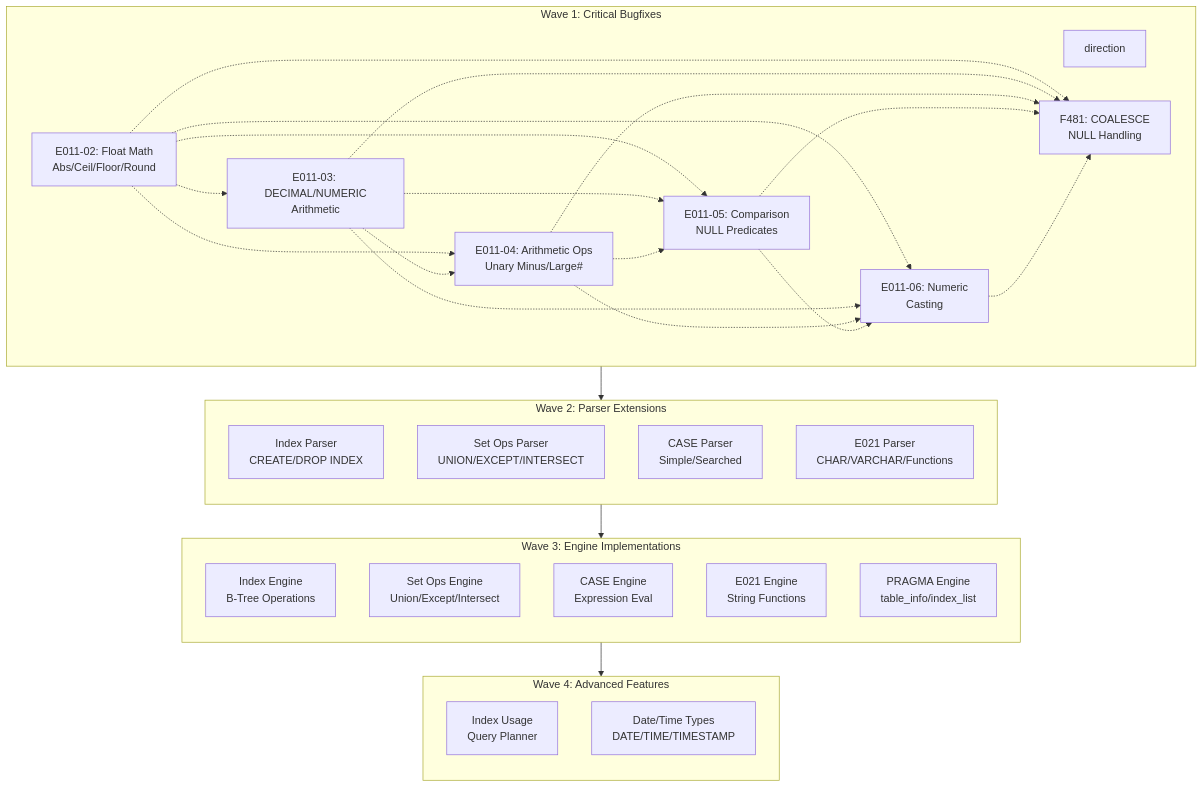
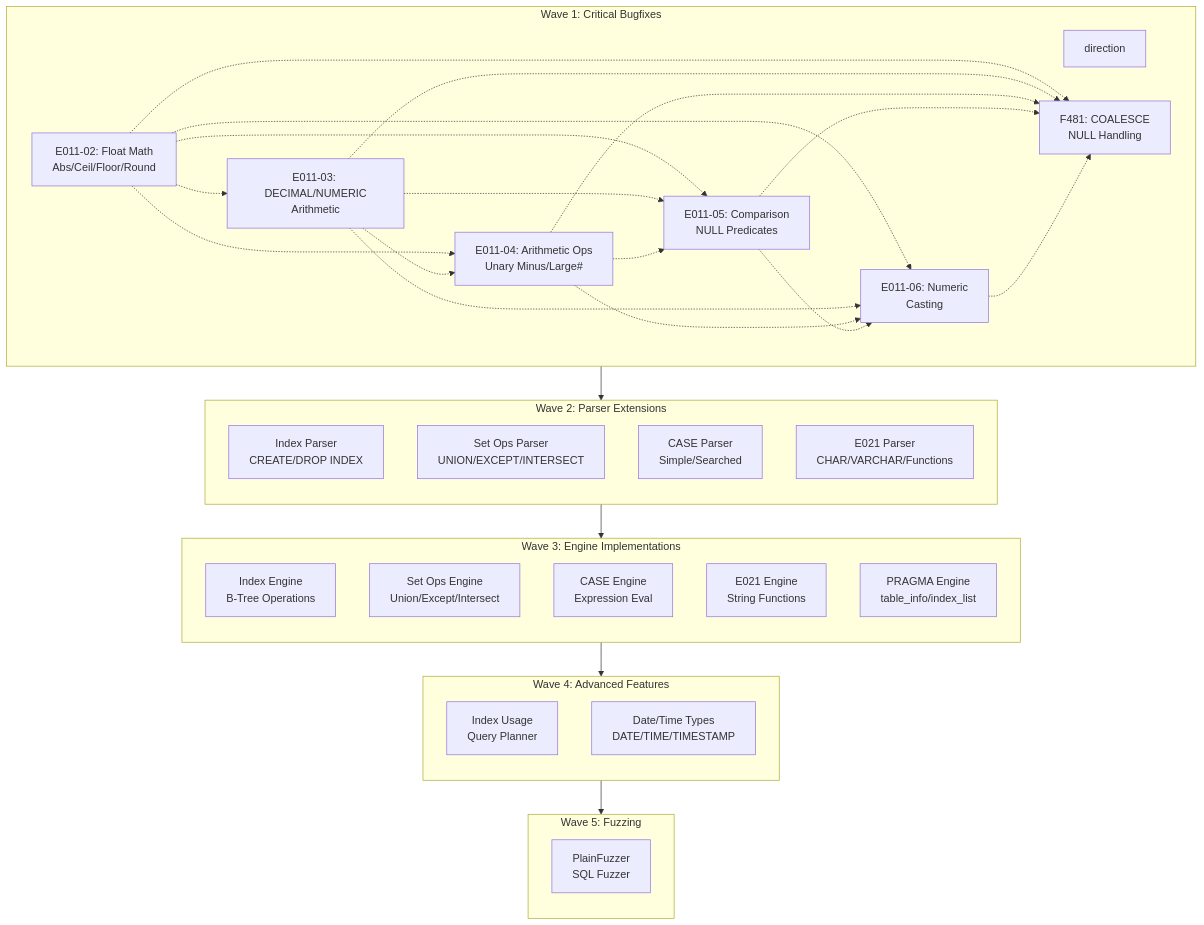
Before and after one commit to cyw0ng95/sqlvibe: the first of 2 diagrams in docs/plan-v0.4.0.md, drawn with Mermaid. The commit also changed other lines of this file and 6 other files, not shown here.

First line of the commit message:
feat: Add PlainFuzzer testsuite under internal/TS

````diff
--- a/docs/plan-v0.4.0.md
+++ b/docs/plan-v0.4.0.md
@@ -10,61 +10,68 @@
 ```mermaid
 graph TD
     %% Wave 1: Critical Bugfixes (All Parallel)
     subgraph W1 ["Wave 1: Critical Bugfixes"]
         direction
         B1[E011-02: Float Math<br/>Abs/Ceil/Floor/Round]
         B2[E011-03: DECIMAL/NUMERIC<br/>Arithmetic]
         B3[E011-04: Arithmetic Ops<br/>Unary Minus/Large#]
         B4[E011-05: Comparison<br/>NULL Predicates]
         B5[E011-06: Numeric<br/>Casting]
         B6[F481: COALESCE<br/>NULL Handling]
     end
     
     %% Wave 2: Parser Extensions
     subgraph W2 ["Wave 2: Parser Extensions"]
         direction TB
         P1[Index Parser<br/>CREATE/DROP INDEX]
         P2[Set Ops Parser<br/>UNION/EXCEPT/INTERSECT]
         P3[CASE Parser<br/>Simple/Searched]
         P4[E021 Parser<br/>CHAR/VARCHAR/Functions]
     end
     
     %% Wave 3: Engine Implementations
     subgraph W3 ["Wave 3: Engine Implementations"]
         direction TB
         E1[Index Engine<br/>B-Tree Operations]
         E2[Set Ops Engine<br/>Union/Except/Intersect]
         E3[CASE Engine<br/>Expression Eval]
         E4[E021 Engine<br/>String Functions]
         E5[PRAGMA Engine<br/>table_info/index_list]
     end
     
     %% Wave 4: Advanced Features
     subgraph W4 ["Wave 4: Advanced Features"]
         direction TB
         A1[Index Usage<br/>Query Planner]
         A2[Date/Time Types<br/>DATE/TIME/TIMESTAMP]
     end
     
+    %% Wave 5: Fuzzing
+    subgraph W5 ["Wave 5: Fuzzing"]
+        direction TB
+        F1[PlainFuzzer<br/>SQL Fuzzer]
+    end
+    
     %% Dependencies
     W1 --> W2
     W2 --> W3
     W3 --> W4
+    W4 --> W5
     
     %% Within-wave parallel dependencies
     B1 -.-> B2
     B1 -.-> B3
     B1 -.-> B4
     B1 -.-> B5
     B1 -.-> B6
     B2 -.-> B3
     B2 -.-> B4
     B2 -.-> B5
     B2 -.-> B6
     B3 -.-> B4
     B3 -.-> B5
     B3 -.-> B6
     B4 -.-> B5
     B4 -.-> B6
     B5 -.-> B6
 ```
````
